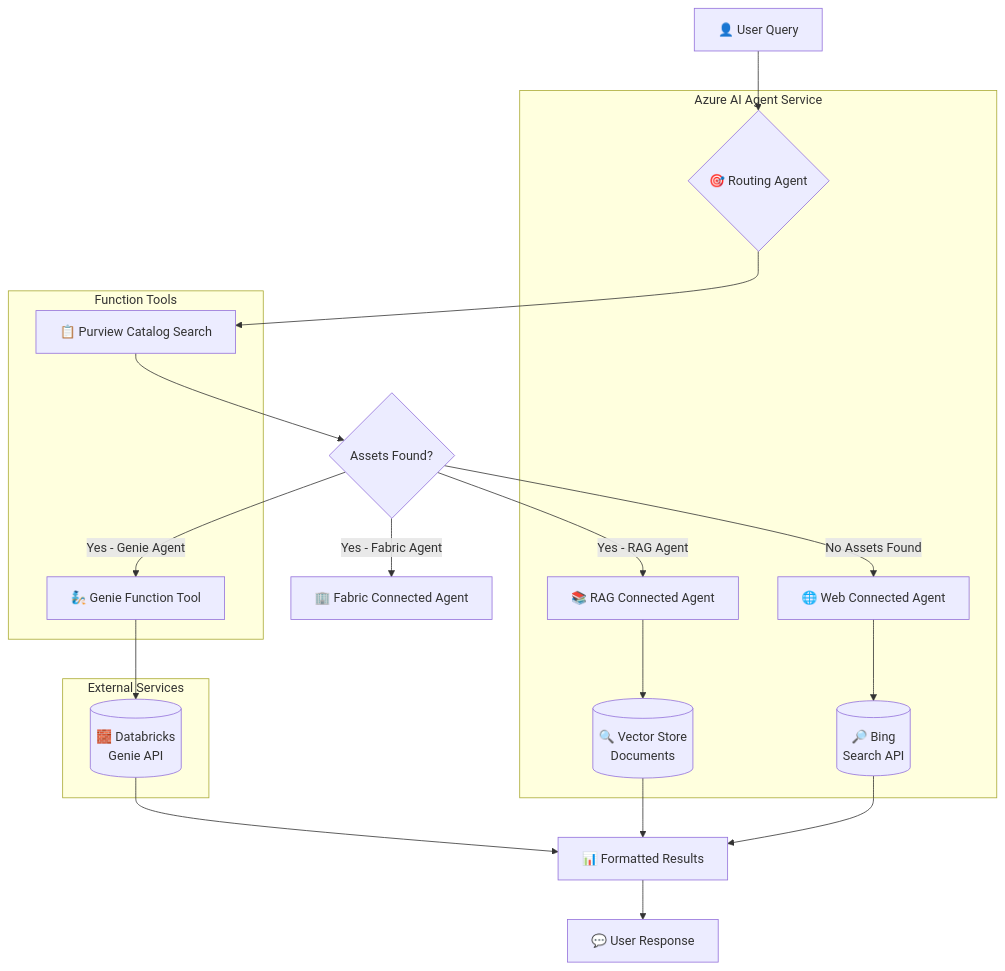
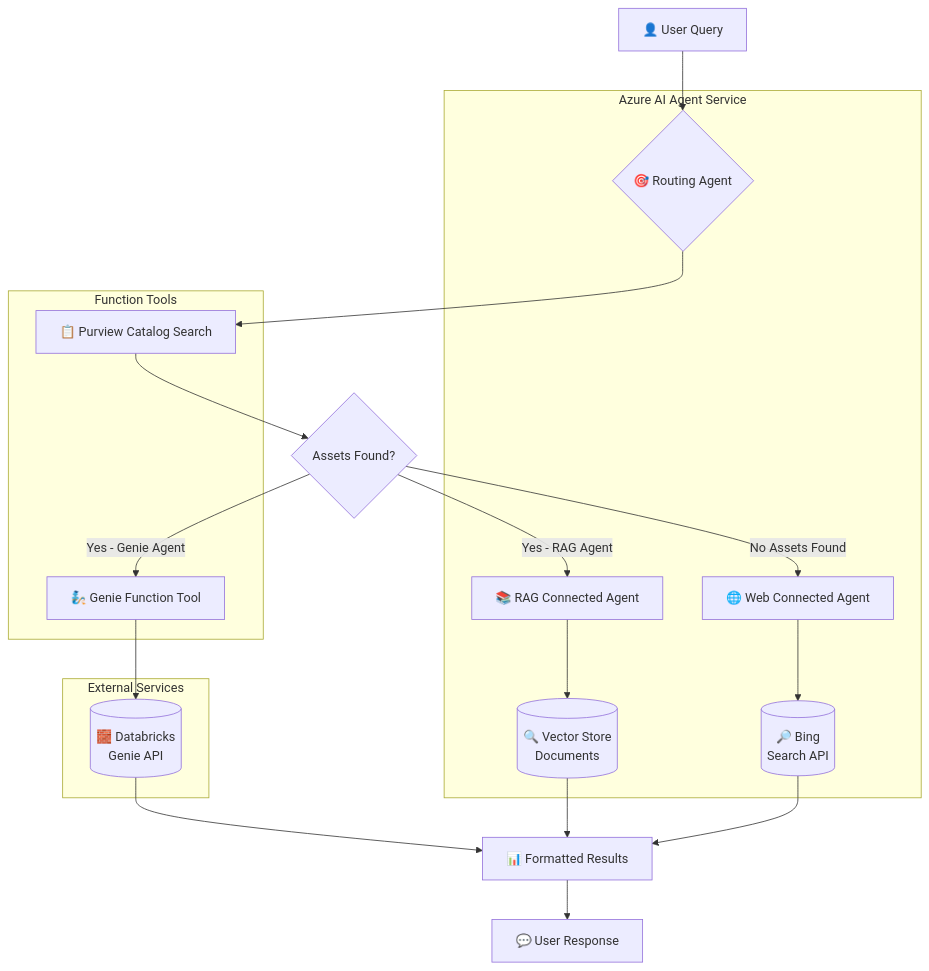
The diagram in README.md (aymenfurter/agent-router), drawn with Mermaid before and after one commit. The commit also changed other lines of this file, not shown here.

````diff
--- a/README.md
+++ b/README.md
@@ -64,39 +47,38 @@
 ```mermaid
 graph TB
     User[👤 User Query] --> Router{🎯 Routing Agent}
 
     Router --> Catalog[📋 Purview Catalog Search]
     Catalog --> CatalogResults{Assets Found?}
 
     CatalogResults -->|Yes - Genie Agent| GenieFunc[🧞 Genie Function Tool]
     CatalogResults -->|Yes - RAG Agent| RAGAgent[📚 RAG Connected Agent]
-    CatalogResults -->|Yes - Fabric Agent| FabricAgent[🏢 Fabric Connected Agent]
     CatalogResults -->|No Assets Found| WebAgent[🌐 Web Connected Agent]
 
     GenieFunc --> Databricks[(🧱 Databricks\nGenie API)]
     RAGAgent --> VectorStore[(🔍 Vector Store\nDocuments)]
     WebAgent --> BingSearch[(🔎 Bing\nSearch API)]
 
     Databricks --> Results[📊 Formatted Results]
     VectorStore --> Results
     BingSearch --> Results
 
     Results --> Response[💬 User Response]
 
     subgraph "Azure AI Agent Service"
         Router
         RAGAgent
         WebAgent
         VectorStore
         BingSearch
     end
 
     subgraph "Function Tools"
         Catalog
         GenieFunc
     end
 
     subgraph "External Services"
         Databricks
     end
 ```
````
